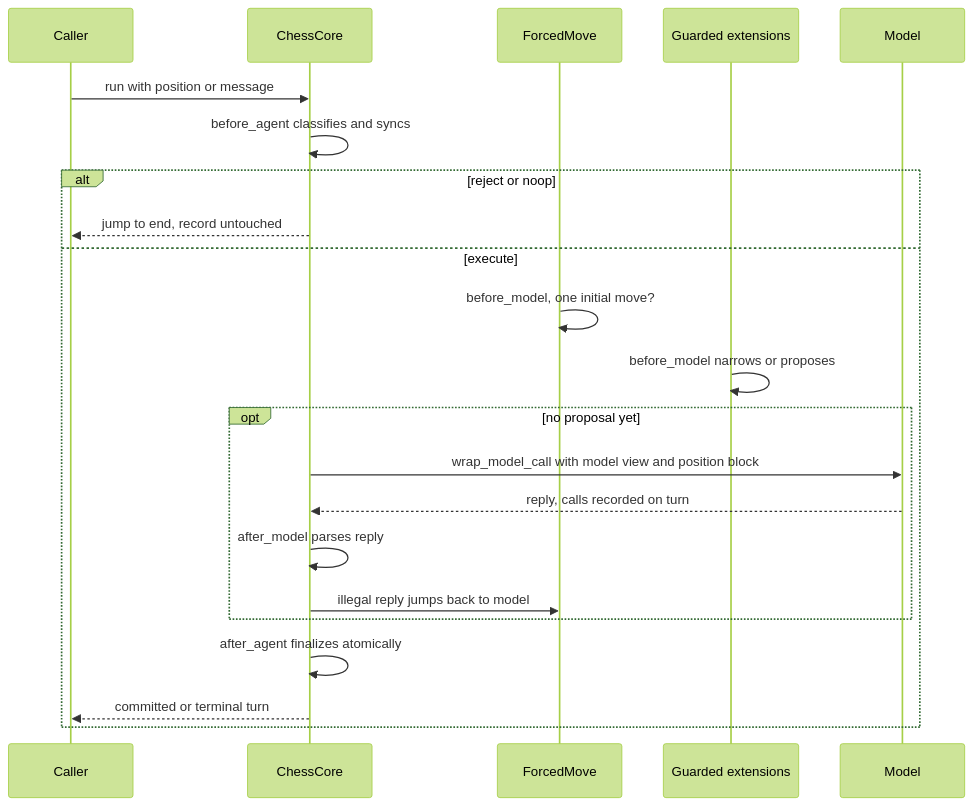
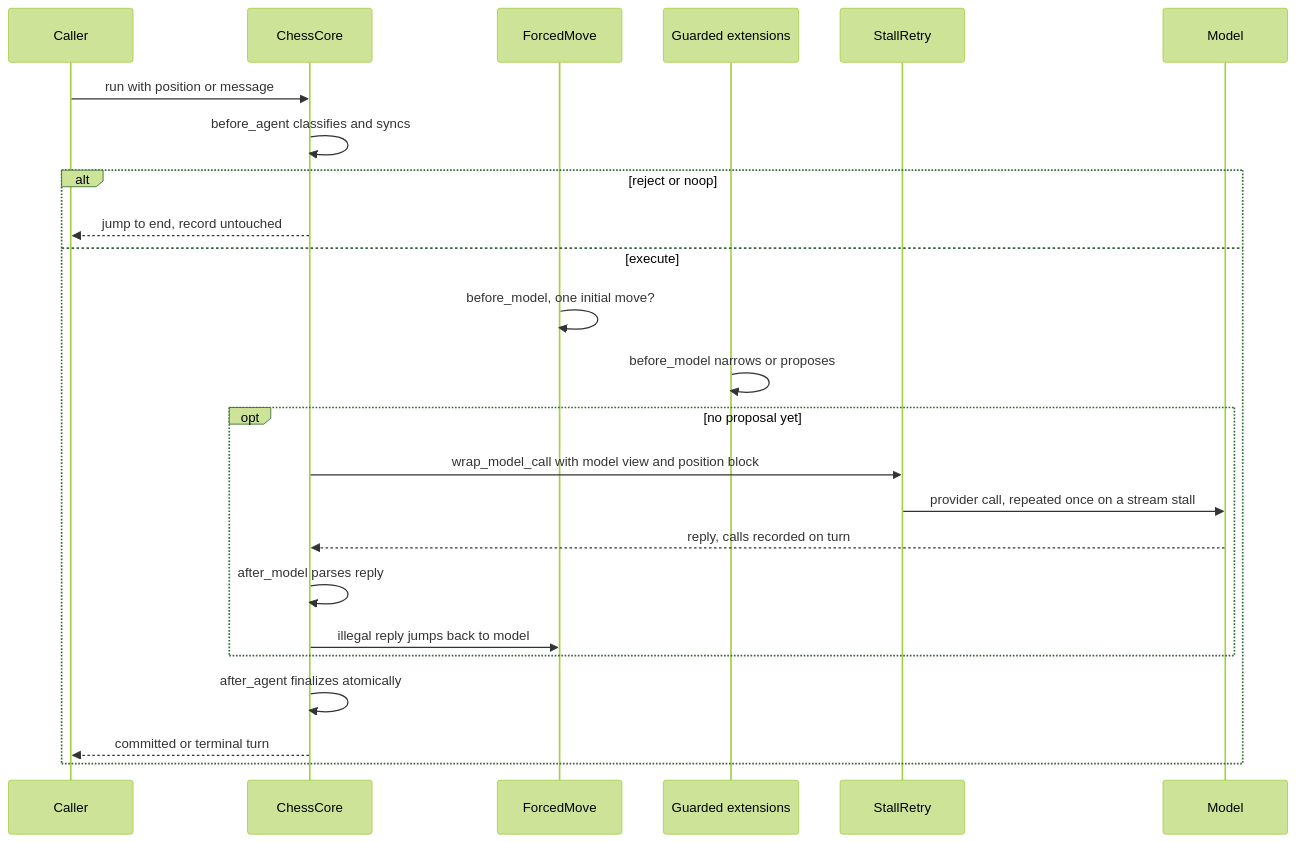
One commit to darieldatoon/langchain-chess changed the first of 3 diagrams in openwiki/architecture/turn-lifecycle.md. Above: the diagram before and after it, drawn with Mermaid (forest theme). The commit also changed other lines of this file and 48 other files, not shown here.

````diff
--- a/openwiki/architecture/turn-lifecycle.md
+++ b/openwiki/architecture/turn-lifecycle.md
@@ -83,24 +92,26 @@
 ```mermaid
 sequenceDiagram
     participant C as Caller
     participant Core as ChessCore
     participant Fm as ForcedMove
     participant Ext as Guarded extensions
+    participant Sr as StallRetry
     participant M as Model
     C->>Core: run with position or message
     Core->>Core: before_agent classifies and syncs
     alt reject or noop
         Core-->>C: jump to end, record untouched
     else execute
         Fm->>Fm: before_model, one initial move?
         Ext->>Ext: before_model narrows or proposes
         opt no proposal yet
-            Core->>M: wrap_model_call with model view and position block
+            Core->>Sr: wrap_model_call with model view and position block
+            Sr->>M: provider call, repeated once on a stream stall
             M-->>Core: reply, calls recorded on turn
             Core->>Core: after_model parses reply
             Core->>Fm: illegal reply jumps back to model
         end
         Core->>Core: after_agent finalizes atomically
         Core-->>C: committed or terminal turn
     end
 ```
````
